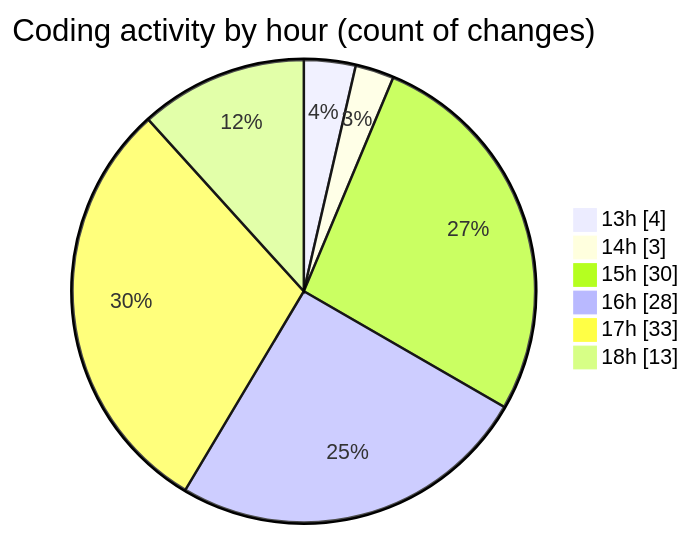
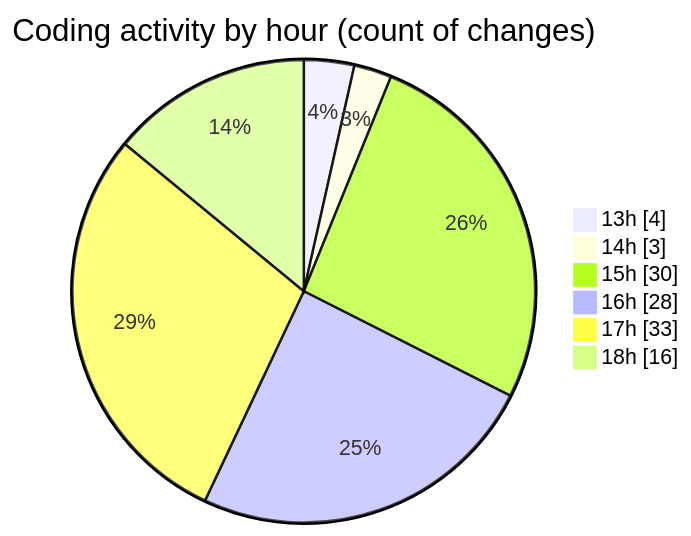
Before and after one commit to EIIisD/code-tracking: the second of 2 diagrams in 2025-08-11/ribbon/README.md, drawn with Mermaid. The commit also changed other lines of this file and 1 other file, not shown here.

````diff
--- a/2025-08-11/ribbon/README.md
+++ b/2025-08-11/ribbon/README.md
@@ -52,10 +52,10 @@
 ```mermaid
 pie showData
 title Coding activity by hour (count of changes)
 "13h" : 4
 "14h" : 3
 "15h" : 30
 "16h" : 28
 "17h" : 33
-"18h" : 13
+"18h" : 16
 ```
````
